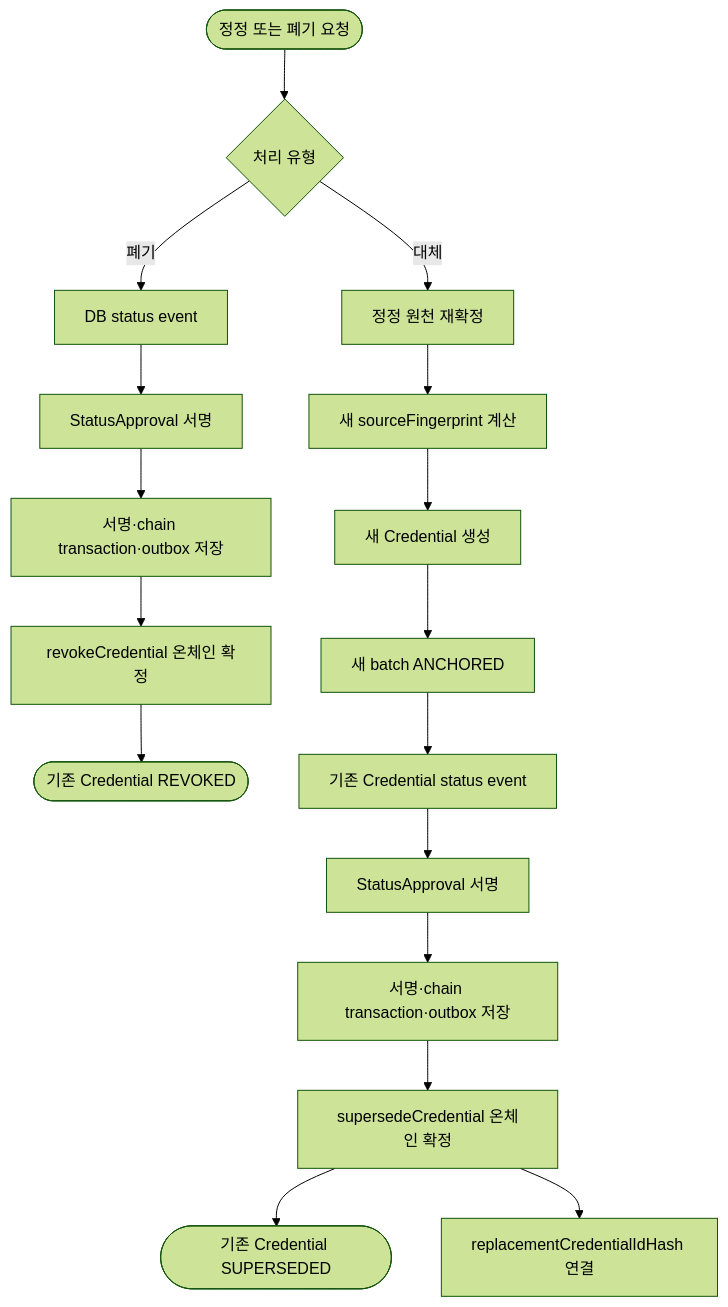
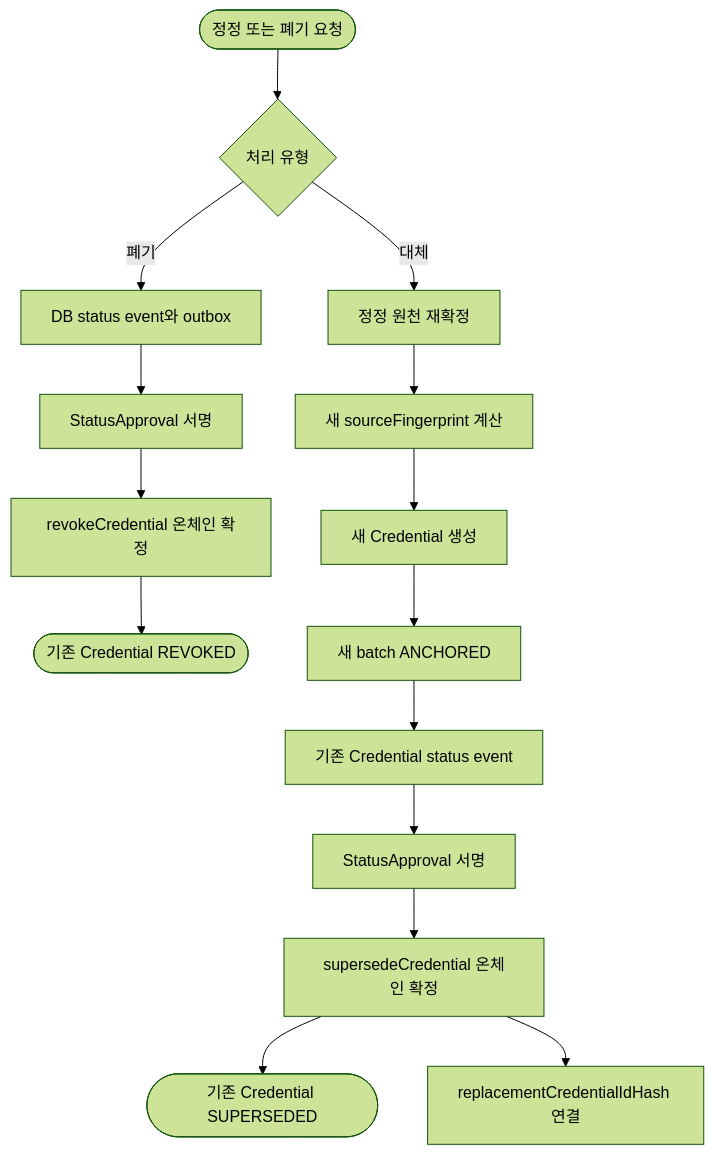
Before and after one commit to Tok-Baro/Trekkey_BackEnd: diagram 18 of 22 in docs/architecture-diagrams.md, drawn with Mermaid (forest theme). The commit also changed other lines of this file and 408 other files, not shown here.

````diff
--- a/docs/architecture-diagrams.md
+++ b/docs/architecture-diagrams.md
@@ -512,21 +494,19 @@
 ```mermaid
 flowchart TD
     changeRequest(["정정 또는 폐기 요청"]) --> action{"처리 유형"}
 
-    action -->|"폐기"| revokeEvent["DB status event"]
+    action -->|"폐기"| revokeEvent["DB status event와 outbox"]
     revokeEvent --> revokeSign["StatusApproval 서명"]
-    revokeSign --> revokeOutbox["서명·chain transaction·outbox 저장"]
-    revokeOutbox --> revokeChain["revokeCredential 온체인 확정"]
+    revokeSign --> revokeChain["revokeCredential 온체인 확정"]
     revokeChain --> revokedState(["기존 Credential REVOKED"])
 
     action -->|"대체"| correctedSource["정정 원천 재확정"]
     correctedSource --> fingerprint["새 sourceFingerprint 계산"]
     fingerprint --> newCredential["새 Credential 생성"]
     newCredential --> newAnchor["새 batch ANCHORED"]
     newAnchor --> supersedeEvent["기존 Credential status event"]
     supersedeEvent --> supersedeSign["StatusApproval 서명"]
-    supersedeSign --> supersedeOutbox["서명·chain transaction·outbox 저장"]
-    supersedeOutbox --> supersedeChain["supersedeCredential 온체인 확정"]
+    supersedeSign --> supersedeChain["supersedeCredential 온체인 확정"]
     supersedeChain --> oldState(["기존 Credential SUPERSEDED"])
     supersedeChain --> replacement["replacementCredentialIdHash 연결"]
 ```
````
